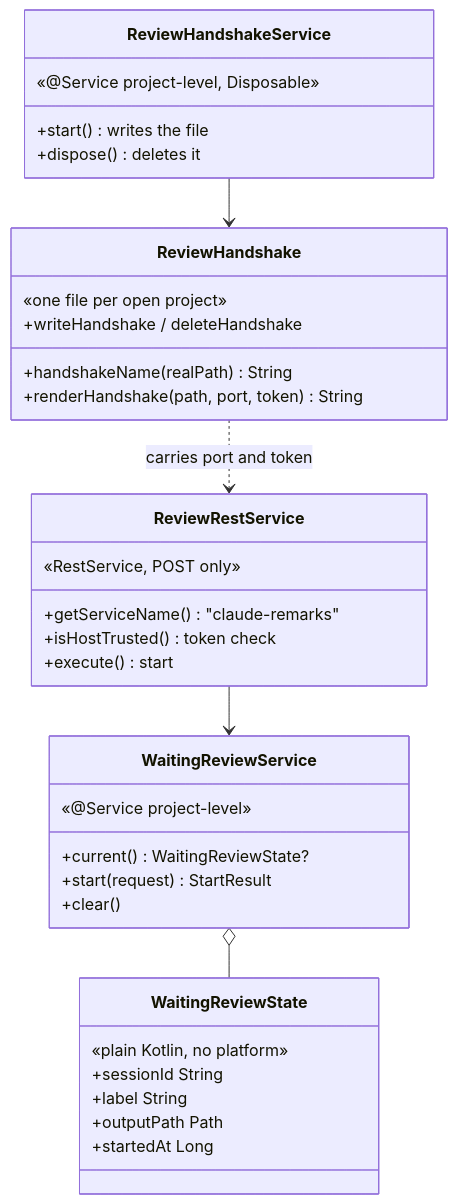
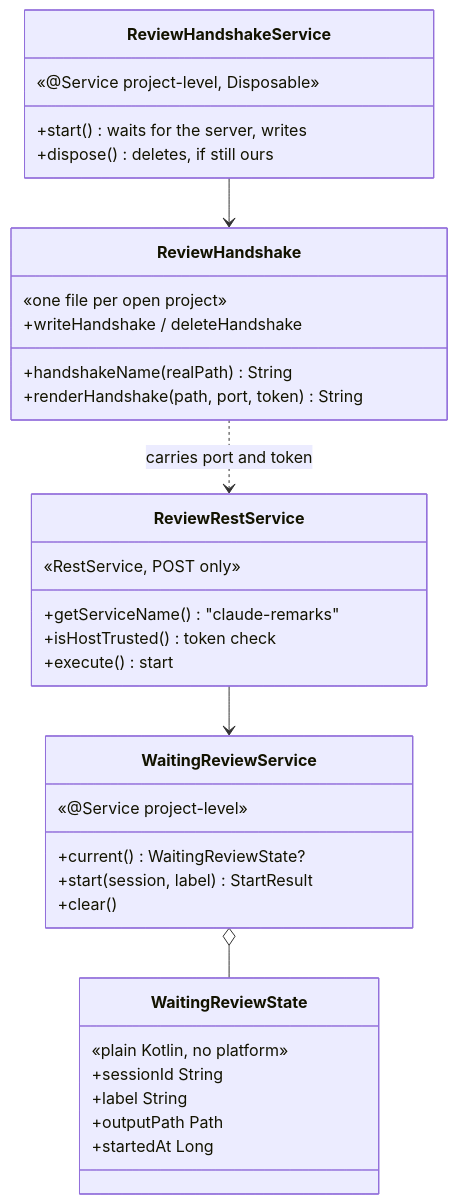
The third of 3 diagrams in docs/plans/20260804-claude-remarks-phase6.md (p4elkin/claude-remarks), drawn with Mermaid before and after one commit. The commit also changed other lines of this file, not shown here.

````diff
--- a/docs/plans/20260804-claude-remarks-phase6.md
+++ b/docs/plans/20260804-claude-remarks-phase6.md
@@ -256,37 +268,37 @@
 ```mermaid
 classDiagram
     class ReviewHandshake {
         «one file per open project»
         +handshakeName(realPath) String
         +renderHandshake(path, port, token) String
         +writeHandshake / deleteHandshake
     }
     class ReviewHandshakeService {
         «@Service project-level, Disposable»
-        +start() writes the file
-        +dispose() deletes it
+        +start() waits for the server, writes
+        +dispose() deletes, if still ours
     }
     class WaitingReviewState {
         «plain Kotlin, no platform»
         +sessionId String
         +label String
         +outputPath Path
         +startedAt Long
     }
     class WaitingReviewService {
         «@Service project-level»
         +current() WaitingReviewState?
-        +start(request) StartResult
+        +start(session, label) StartResult
         +clear()
     }
     class ReviewRestService {
         «RestService, POST only»
         +getServiceName() "claude-remarks"
         +isHostTrusted() token check
         +execute() start
     }
     ReviewHandshakeService --> ReviewHandshake
     WaitingReviewService o-- WaitingReviewState
     ReviewRestService --> WaitingReviewService
     ReviewHandshake ..> ReviewRestService : carries port and token
 ```
````
